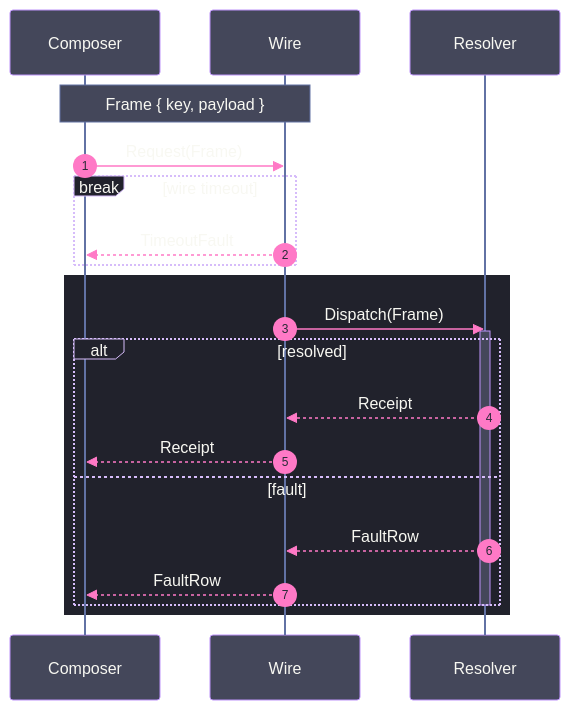
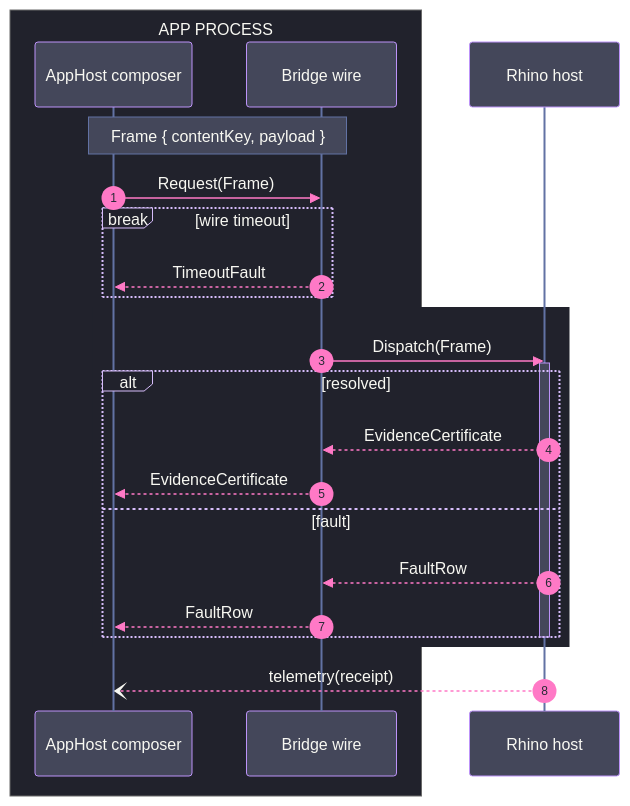
The diagram in .claude/skills/mermaid-diagramming/templates/wire-sequence.mmd.md (bsamiee/Rasm), drawn with Mermaid before and after one commit. The commit also changed other lines of this file and 56 other files, not shown here.

````diff
--- a/.claude/skills/mermaid-diagramming/templates/wire-sequence.mmd.md
+++ b/.claude/skills/mermaid-diagramming/templates/wire-sequence.mmd.md
@@ -5,56 +5,59 @@
 ```mermaid
 ---
 config:
   theme: base
   look: classic
   themeVariables:
     darkMode: true
     fontFamily: "SF Mono, Menlo, Cascadia Mono, Segoe UI Mono, Consolas, monospace"
     useGradient: false
     dropShadow: "none"
     background: "#282A36"
     primaryColor: "#44475A"
     primaryTextColor: "#F8F8F2"
     noteBkgColor: "#44475A"
     noteTextColor: "#F8F8F2"
     noteBorderColor: "#6272A4"
     actorBkg: "#44475A"
     actorBorder: "#BD93F9"
     actorTextColor: "#F8F8F2"
     actorLineColor: "#6272A4"
     signalColor: "#FF79C6"
     signalTextColor: "#F8F8F2"
     sequenceNumberColor: "#282A36"
     activationBkgColor: "#44475A"
     activationBorderColor: "#BD93F9"
     loopTextColor: "#F8F8F2"
     labelBoxBkgColor: "#21222C"
     labelBoxBorderColor: "#D6BCFA"
     labelTextColor: "#F8F8F2"
-  themeCSS: "text.actor tspan{font-size:13px;font-weight:600}.messageText{font-size:12px;font-weight:500}.noteText{font-size:12px}.loopText,.labelText{font-size:12px;font-weight:500}.messageLine0{stroke-width:2px}.messageLine1{stroke-width:1.5px;stroke-dasharray:4 6}.actor{stroke-width:1.5px}rect.actor{filter:none!important}"
+  themeCSS: "text.actor tspan{font-size:13px;font-weight:600}.messageText{font-size:12px;font-weight:500}.noteText{font-size:12px}.loopText,.labelText{font-size:12px;font-weight:500}.messageLine0{stroke-width:2px}.messageLine1{stroke-width:1.5px;stroke-dasharray:4 6}.actor{stroke-width:1.5px}rect.actor{filter:none!important}[id$='-filled-head'] path{fill:#FF79C6;stroke:#FF79C6}"
 ---
 sequenceDiagram
-    accTitle: Wire exchange
-    accDescr: Ordered request and response across a process boundary with a success versus fault alternative, a timeout break, and the frame shape noted over the wire.
+    accTitle: Bridge wire exchange
+    accDescr: The app host dispatching a certified frame through the bridge wire to the Rhino host, with a timeout break, a success versus fault alternative, an async telemetry send, and the frame shape noted over the wire.
     autonumber
-    participant C as Composer
-    participant W as Wire
-    participant R as Resolver
-    Note over C,W: Frame { key, payload }
+    box rgb(33, 34, 44) APP PROCESS
+        participant C as AppHost composer
+        participant W as Bridge wire
+    end
+    participant R as Rhino host
+    Note over C,W: Frame { contentKey, payload }
     C->>W: Request(Frame)
     break wire timeout
         W-->>C: TimeoutFault
     end
     rect rgb(33, 34, 44)
         W->>R: Dispatch(Frame)
         activate R
         alt resolved
-            R-->>W: Receipt
-            W-->>C: Receipt
+            R-->>W: EvidenceCertificate
+            W-->>C: EvidenceCertificate
         else fault
             R-->>W: FaultRow
             W-->>C: FaultRow
         end
         deactivate R
     end
+    R--)C: telemetry(receipt)
 ```
````
